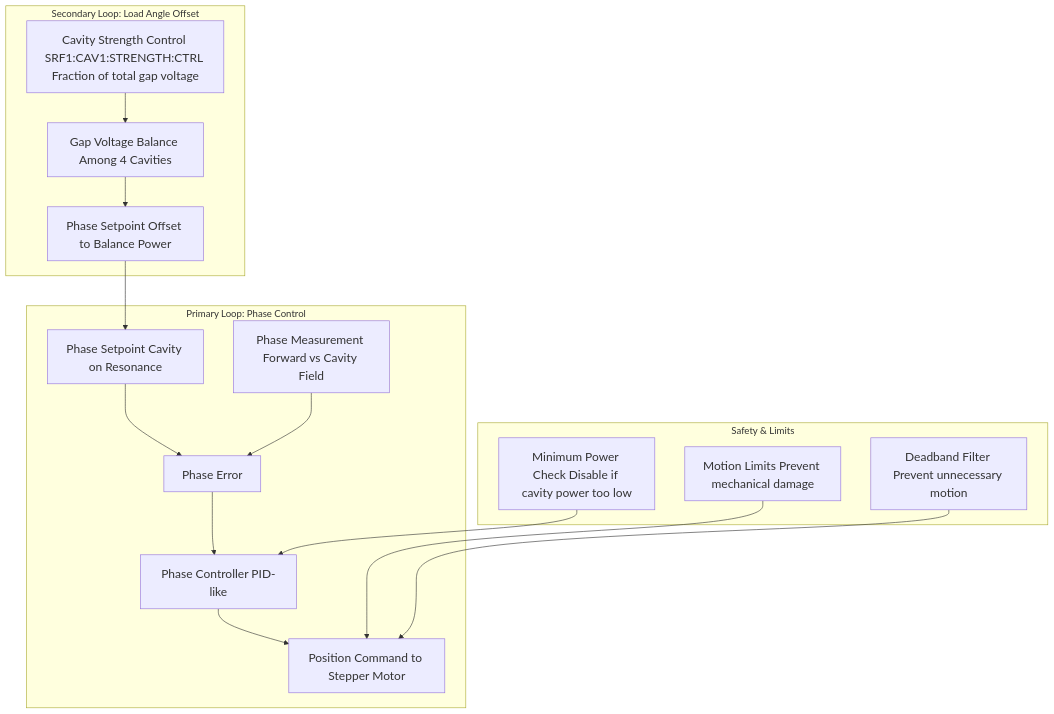
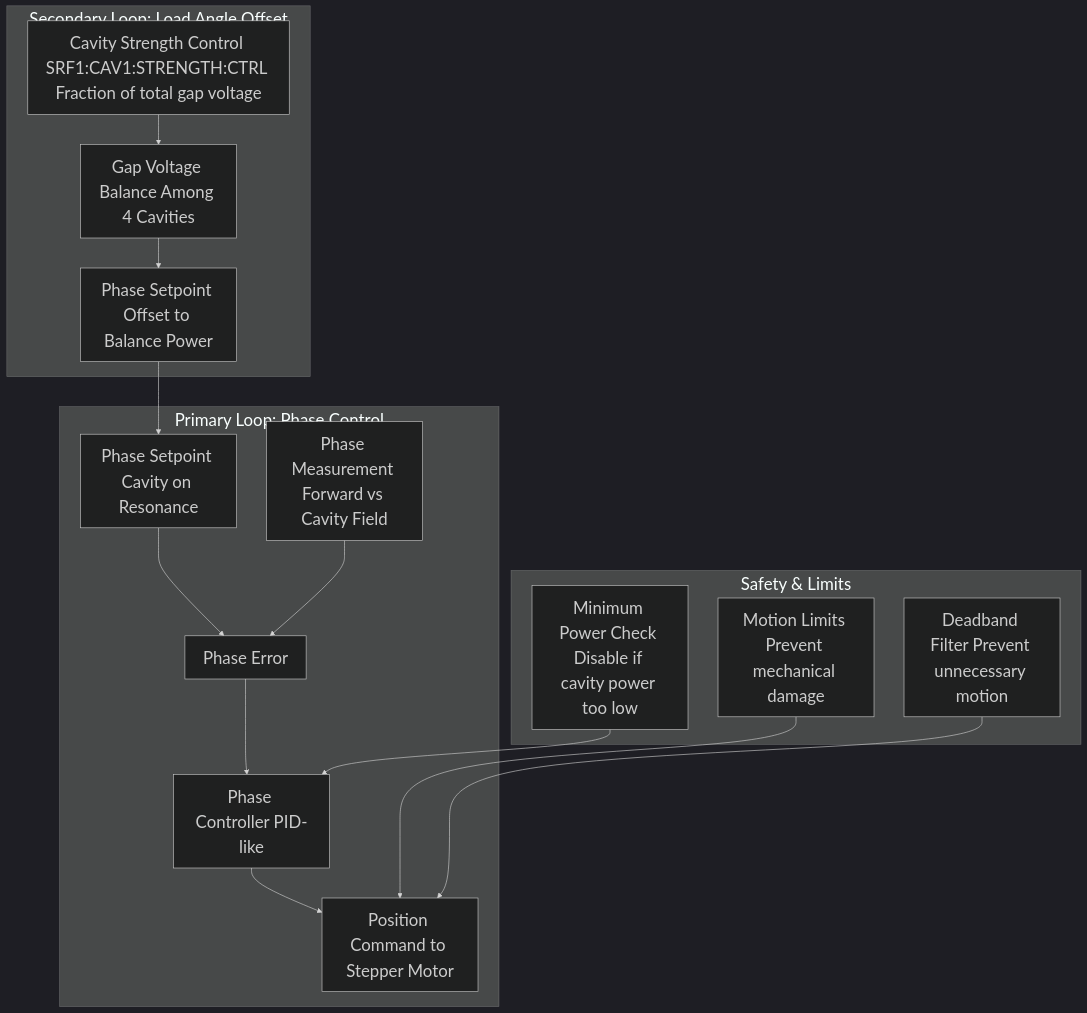
Diagram 13 of 18 in SPEAR3_LLRF_COMPREHENSIVE_ANALYSIS.md (fayaw/spearlegacyLLRF), drawn with Mermaid before and after one commit. The commit also changed other lines of this file, not shown here.

First line of the commit message:
Significantly increase font sizes in mermaid diagrams: 20px → 28px

````diff
--- a/SPEAR3_LLRF_COMPREHENSIVE_ANALYSIS.md
+++ b/SPEAR3_LLRF_COMPREHENSIVE_ANALYSIS.md
@@ -643,37 +640,36 @@
 ```mermaid
+%%{init: {'theme':'dark', 'themeVariables': {'fontSize': '28px', 'fontFamily': 'Arial'}}}%%
 graph TB
  subgraph "Primary Loop: Phase Control"
  Phase_Setpoint[Phase Setpoint Cavity on Resonance]
  Phase_Measurement[Phase Measurement Forward vs Cavity Field]
  Phase_Error[Phase Error]
  Phase_Controller[Phase Controller PID-like]
  Position_Command[Position Command to Stepper Motor]
  end
  
  subgraph "Secondary Loop: Load Angle Offset"
  Cavity_Strength[Cavity Strength Control SRF1:CAV1:STRENGTH:CTRL Fraction of total gap voltage]
  Gap_Voltage_Balance[Gap Voltage Balance Among 4 Cavities]
  Phase_Offset[Phase Setpoint Offset to Balance Power]
  end
  
  subgraph "Safety & Limits"
  Power_Check[Minimum Power Check Disable if cavity power too low]
  Motion_Limits[Motion Limits Prevent mechanical damage]
  Deadband[Deadband Filter Prevent unnecessary motion]
  end
  
  Phase_Setpoint --> Phase_Error
  Phase_Measurement --> Phase_Error
  Phase_Error --> Phase_Controller
  Phase_Controller --> Position_Command
  
  Cavity_Strength --> Gap_Voltage_Balance
  Gap_Voltage_Balance --> Phase_Offset
  Phase_Offset --> Phase_Setpoint
  
  Power_Check --> Phase_Controller
  Motion_Limits --> Position_Command
  Deadband --> Position_Command
-
- classDef default font-size:20px
 ```
````
